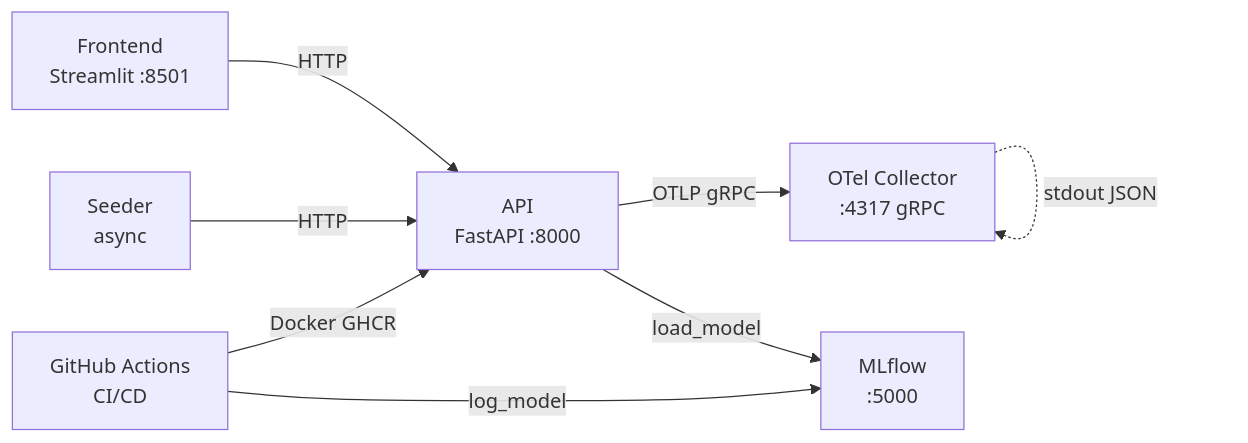
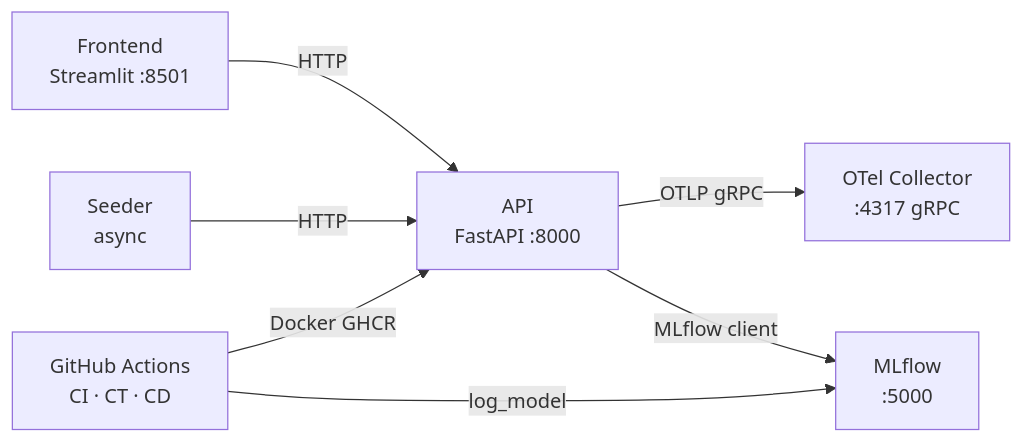
The diagram in README.md (VSXR/PipelineModeling), drawn with Mermaid before and after one commit. The commit also changed other lines of this file and 12 other files, not shown here.

````diff
--- a/README.md
+++ b/README.md
@@ -49,17 +46,16 @@
 ```mermaid
 graph LR
     FE["Frontend\nStreamlit :8501"]
     SE["Seeder\nasync"]
     API["API\nFastAPI :8000"]
     OTEL["OTel Collector\n:4317 gRPC"]
     MLF["MLflow\n:5000"]
-    GH["GitHub Actions\nCI/CD"]
+    GH["GitHub Actions\nCI · CT · CD"]
 
     FE -->|HTTP| API
     SE -->|HTTP| API
     API -->|OTLP gRPC| OTEL
-    OTEL -.->|stdout JSON| OTEL
-    API -->|load_model| MLF
+    API -->|MLflow client| MLF
     GH -->|log_model| MLF
     GH -->|Docker GHCR| API
 ```
````
